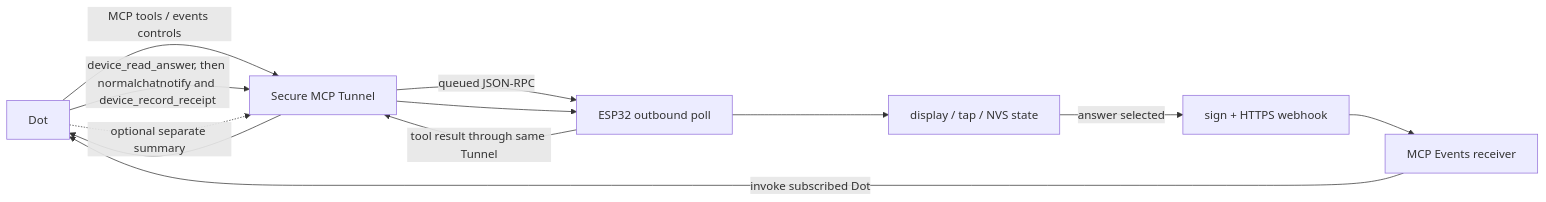
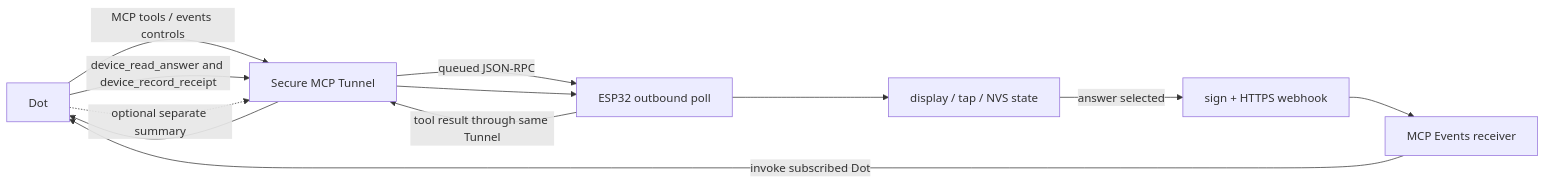
One commit to usedhonda/dots-device changed the first of 2 diagrams in docs/communication-spec.md. Above: the diagram before and after it, drawn with Mermaid. The commit also changed other lines of this file and 1 other file, not shown here.

Commit message:
docs: clarify device event routing

````diff
--- a/docs/communication-spec.md
+++ b/docs/communication-spec.md
@@ -23,13 +23,13 @@
 ```mermaid
 flowchart LR
   D[Dot] -->|MCP tools / events controls| T[Secure MCP Tunnel]
   T -->|queued JSON-RPC| P[ESP32 outbound poll]
   P -->|tool result through same Tunnel| T --> D
   P --> U[display / tap / NVS state]
   U -->|answer selected| S[sign + HTTPS webhook]
   S --> E[MCP Events receiver]
   E -->|invoke subscribed Dot| D
-  D -->|device_read_answer, then normalchatnotify and device_record_receipt| T
+  D -->|device_read_answer and device_record_receipt| T
   T --> P
   D -.->|optional separate summary| T
 ```
````
